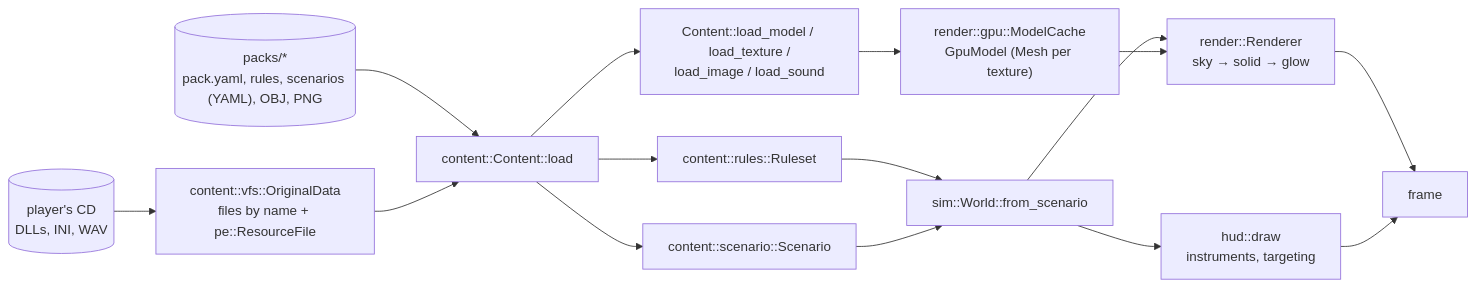
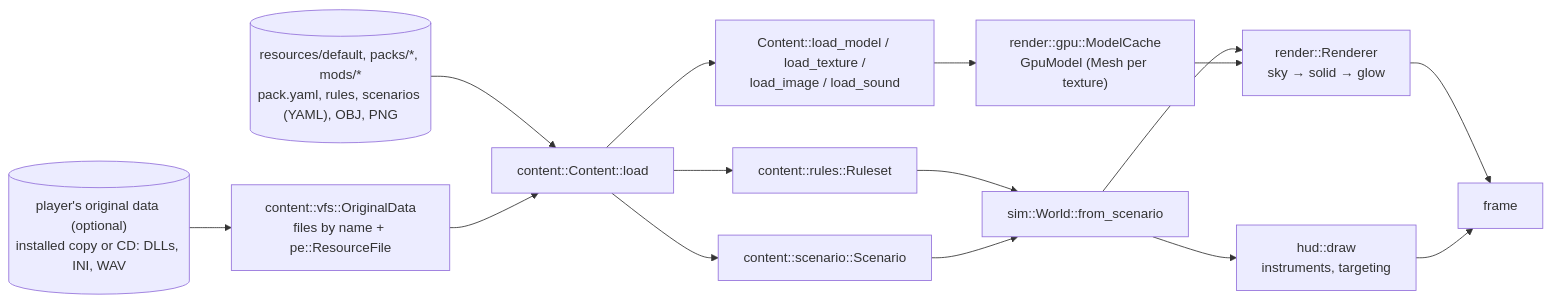
One commit to bbogovich/OpenInterceptor changed the second of 4 diagrams in docs/implementation/architecture/index.md. Above: the diagram before and after it, drawn with Mermaid. The commit also changed other lines of this file and 49 other files, not shown here.

````diff
--- a/docs/implementation/architecture/index.md
+++ b/docs/implementation/architecture/index.md
@@ -71,17 +73,17 @@
 ```mermaid
 flowchart LR
-    CD[("player's CD<br/>DLLs, INI, WAV")] --> OD["content::vfs::OriginalData<br/>files by name + pe::ResourceFile"]
-    PK[("packs/*<br/>pack.yaml, rules, scenarios (YAML), OBJ, PNG")] --> CT["content::Content::load"]
+    CD[("player's original data (optional)<br/>installed copy or CD: DLLs, INI, WAV")] --> OD["content::vfs::OriginalData<br/>files by name + pe::ResourceFile"]
+    PK[("resources/default, packs/*, mods/*<br/>pack.yaml, rules, scenarios (YAML), OBJ, PNG")] --> CT["content::Content::load"]
     OD --> CT
     CT --> RU["content::rules::Ruleset"]
     CT --> SC["content::scenario::Scenario"]
     CT --> LD["Content::load_model / load_texture /<br/>load_image / load_sound"]
     LD --> MC["render::gpu::ModelCache<br/>GpuModel (Mesh per texture)"]
     RU --> W["sim::World::from_scenario"]
     SC --> W
     W --> RN["render::Renderer<br/>sky → solid → glow"]
     MC --> RN
     W --> HD["hud::draw<br/>instruments, targeting"]
     RN --> FR["frame"]
     HD --> FR
 ```
````
